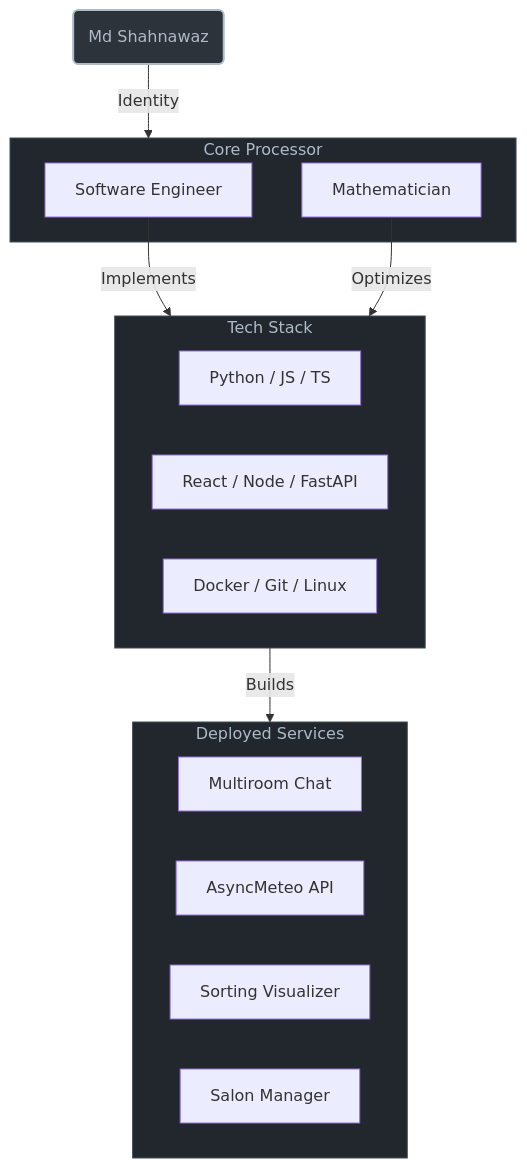
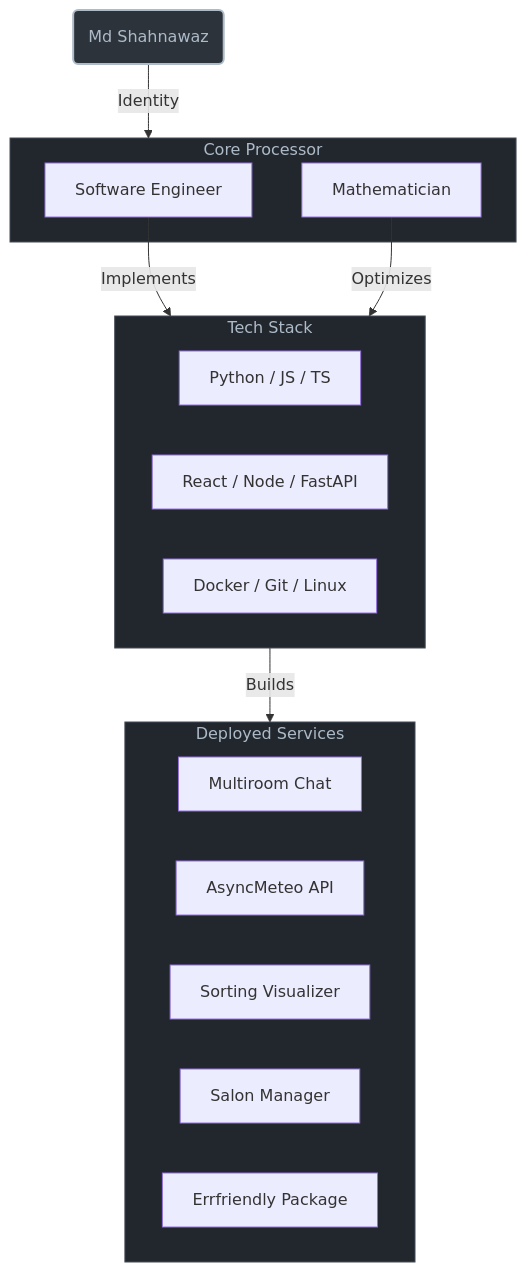
Before and after one commit to infinawaz/infinawaz: the diagram in README.md, drawn with Mermaid. The commit also changed other lines of this file, not shown here.

Commit message:
feat: add errfriendly to profile architecture

````diff
--- a/README.md
+++ b/README.md
@@ -5,36 +5,37 @@
 ```mermaid
 graph TD
     %% Nodes
     User(Md Shahnawaz)
     
     subgraph Core_Processor [Core Processor]
         SWE[Software Engineer]
         Math[Mathematician]
     end
     
     subgraph Tech_Stack [Tech Stack]
         Lang[Python / JS / TS]
         Frame[React / Node / FastAPI]
         Infra[Docker / Git / Linux]
     end
     
     subgraph Output_Services [Deployed Services]
         P1[Multiroom Chat]
         P2[AsyncMeteo API]
         P3[Sorting Visualizer]
         P4[Salon Manager]
+        P5[Errfriendly Package]
     end
 
     %% Edges
     User -->|Identity| Core_Processor
     SWE -->|Implements| Tech_Stack
     Math -->|Optimizes| Tech_Stack
     
     Tech_Stack -->|Builds| Output_Services
     
     %% Styling
     style User fill:#2d333b,stroke:#adbac7,stroke-width:2px,color:#adbac7
     style Core_Processor fill:#22272e,stroke:#444c56,color:#adbac7
     style Tech_Stack fill:#22272e,stroke:#444c56,color:#adbac7
     style Output_Services fill:#22272e,stroke:#444c56,color:#adbac7
 ```
````
